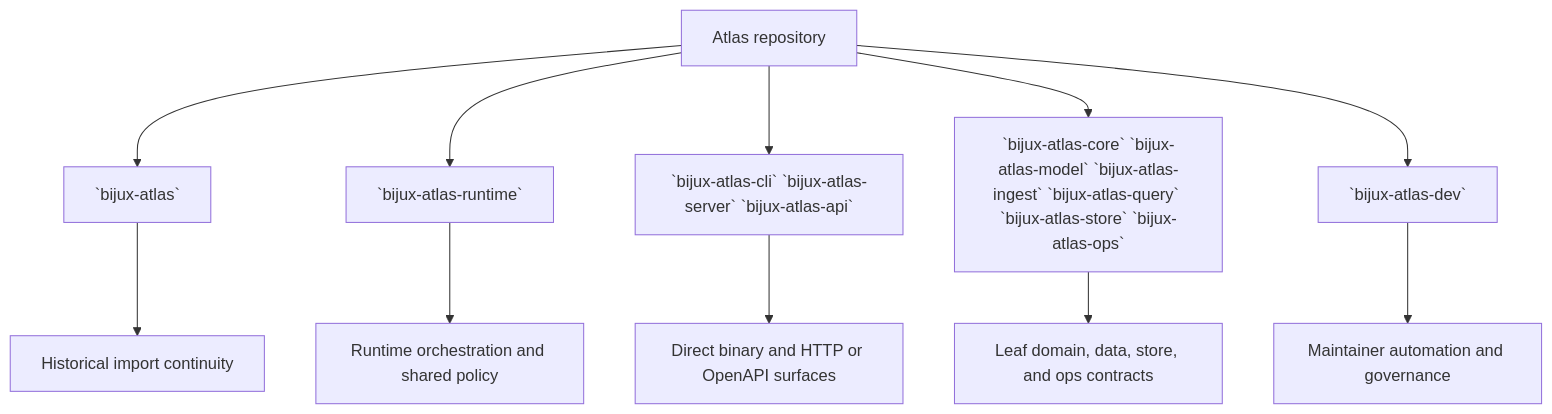
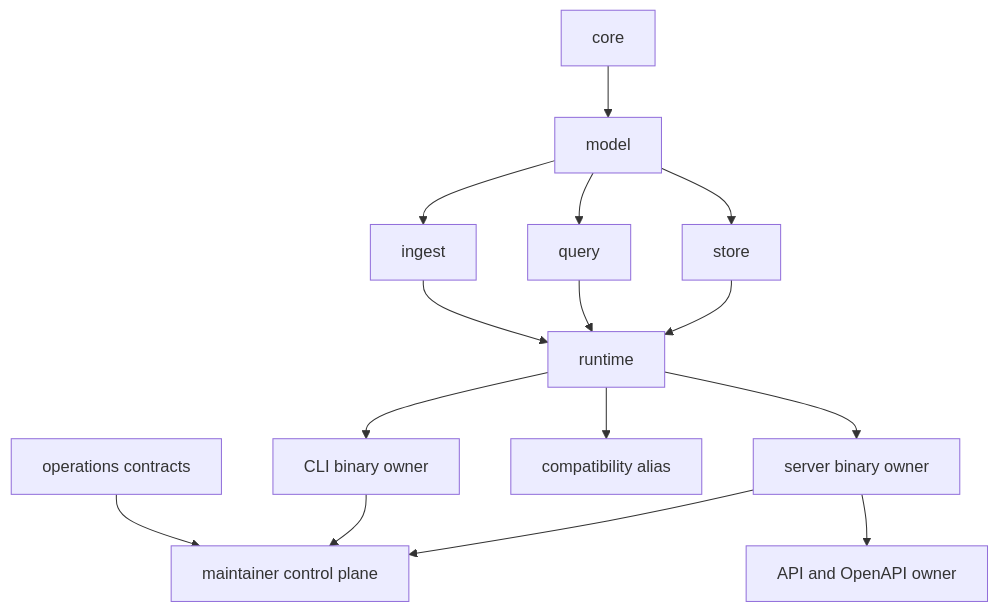
One commit to bijux/bijux-atlas changed the diagram in docs/bijux-atlas/foundations/package-ownership.md. Above: the diagram before and after it, drawn with Mermaid. The commit also changed other lines of this file and 2 other files, not shown here.

Commit message:
docs(ownership): map package release and runtime authorities

````diff
--- a/docs/bijux-atlas/foundations/package-ownership.md
+++ b/docs/bijux-atlas/foundations/package-ownership.md
@@ -20,14 +19,17 @@
 ```mermaid
-flowchart TD
-    Repo[Atlas repository] --> Compatibility[`bijux-atlas`]
-    Repo --> Runtime[`bijux-atlas-runtime`]
-    Repo --> BinaryOwners[`bijux-atlas-cli` `bijux-atlas-server` `bijux-atlas-api`]
-    Repo --> LeafOwners[`bijux-atlas-core` `bijux-atlas-model` `bijux-atlas-ingest` `bijux-atlas-query` `bijux-atlas-store` `bijux-atlas-ops`]
-    Repo --> ControlPlane[`bijux-atlas-dev`]
-
-    Compatibility --> Alias[Historical import continuity]
-    Runtime --> Orchestration[Runtime orchestration and shared policy]
-    BinaryOwners --> Interfaces[Direct binary and HTTP or OpenAPI surfaces]
-    LeafOwners --> Contracts[Leaf domain, data, store, and ops contracts]
-    ControlPlane --> Governance[Maintainer automation and governance]
+flowchart TB
+    Core[core] --> Model[model]
+    Model --> Ingest[ingest]
+    Model --> Query[query]
+    Model --> Store[store]
+    Ingest --> Runtime[runtime]
+    Query --> Runtime
+    Store --> Runtime
+    Runtime --> CLI[CLI binary owner]
+    Runtime --> Server[server binary owner]
+    Server --> API[API and OpenAPI owner]
+    Runtime --> Alias[compatibility alias]
+    Ops[operations contracts] --> Dev[maintainer control plane]
+    CLI --> Dev
+    Server --> Dev
 ```
````
